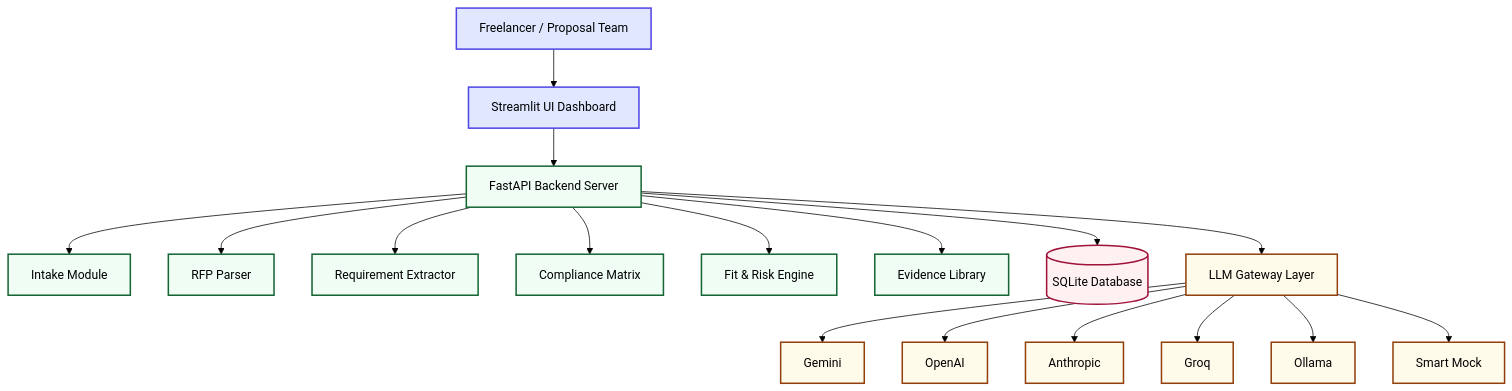
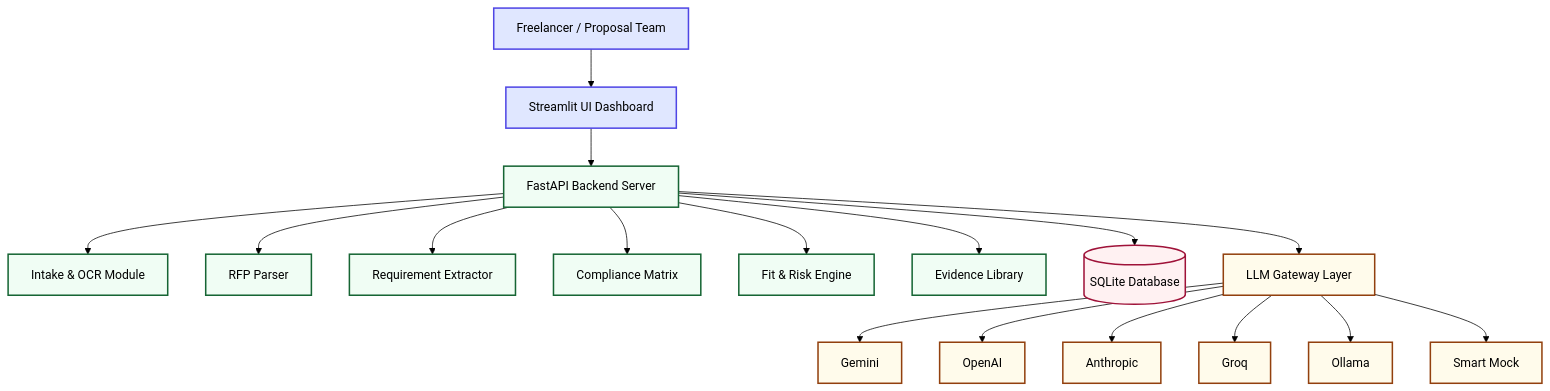
One commit to Krishna17-bit/BidForge-AI-RFP-Agent changed the first of 6 diagrams in README.md. Above: the diagram before and after it, drawn with Mermaid (forest theme). The commit also changed other lines of this file, not shown here.

Commit message:
Update README.md with detailed instructions for Chrome autocompleter extension, OCR scanned PDFs setup, hybrid dense embedding settings, and workspace switching

````diff
--- a/README.md
+++ b/README.md
@@ -53,27 +59,27 @@
 ```mermaid
 flowchart TD
     classDef client fill:#e0e7ff,stroke:#4f46e5,stroke-width:2px;
     classDef api fill:#f0fdf4,stroke:#166534,stroke-width:2px;
     classDef db fill:#fff1f2,stroke:#9f1239,stroke-width:2px;
     classDef llg fill:#fffbeb,stroke:#92400e,stroke-width:2px;
     
     U[Freelancer / Proposal Team]:::client --> UI[Streamlit UI Dashboard]:::client
     UI --> API[FastAPI Backend Server]:::api
     
-    API --> INTAKE[Intake Module]:::api
+    API --> INTAKE[Intake & OCR Module]:::api
     API --> PARSER[RFP Parser]:::api
     API --> REQ[Requirement Extractor]:::api
     API --> MATRIX[Compliance Matrix]:::api
     API --> SCORE[Fit & Risk Engine]:::api
     API --> KB[Evidence Library]:::api
     
     API --> SQL[(SQLite Database)]:::db
     API --> LLG[LLM Gateway Layer]:::llg
     
     LLG --> GEMINI[Gemini]:::llg
     LLG --> OPENAI[OpenAI]:::llg
     LLG --> CLAUDE[Anthropic]:::llg
     LLG --> GROQ[Groq]:::llg
     LLG --> OLLAMA[Ollama]:::llg
     LLG --> MOCK[Smart Mock]:::llg
 ```
````
